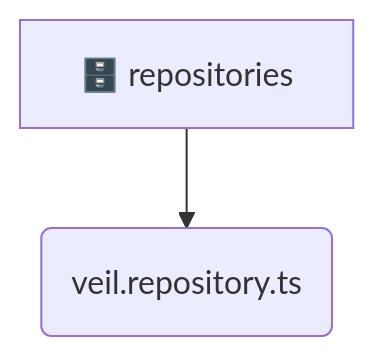
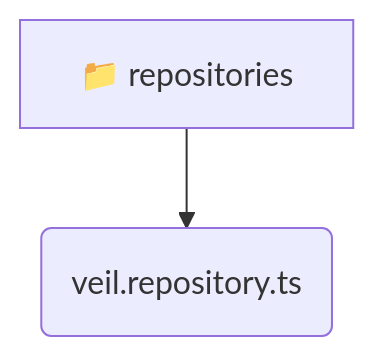
One commit to beginwebdev2002/fullstack-mavluda changed the diagram in backend/src/modules/veil/infrastructure/repositories/README.md. Above: the diagram before and after it, drawn with Mermaid. The commit also changed other lines of this file and 155 other files, not shown here.

````diff
--- a/backend/src/modules/veil/infrastructure/repositories/README.md
+++ b/backend/src/modules/veil/infrastructure/repositories/README.md
@@ -9,5 +9,5 @@
 ```mermaid
 graph TD
-  repositories[🗄️ repositories]
-  repositories --> veil_repository_ts(veil.repository.ts)
+  repositories[📁 repositories]
+  repositories --> repositories_veil_repository_ts(veil.repository.ts)
 ```
````
